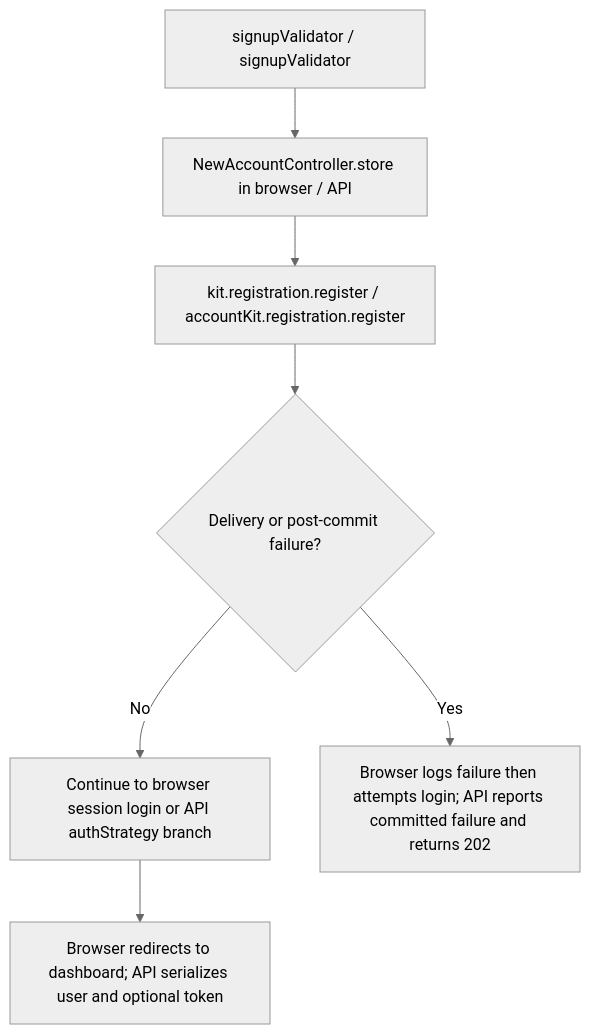
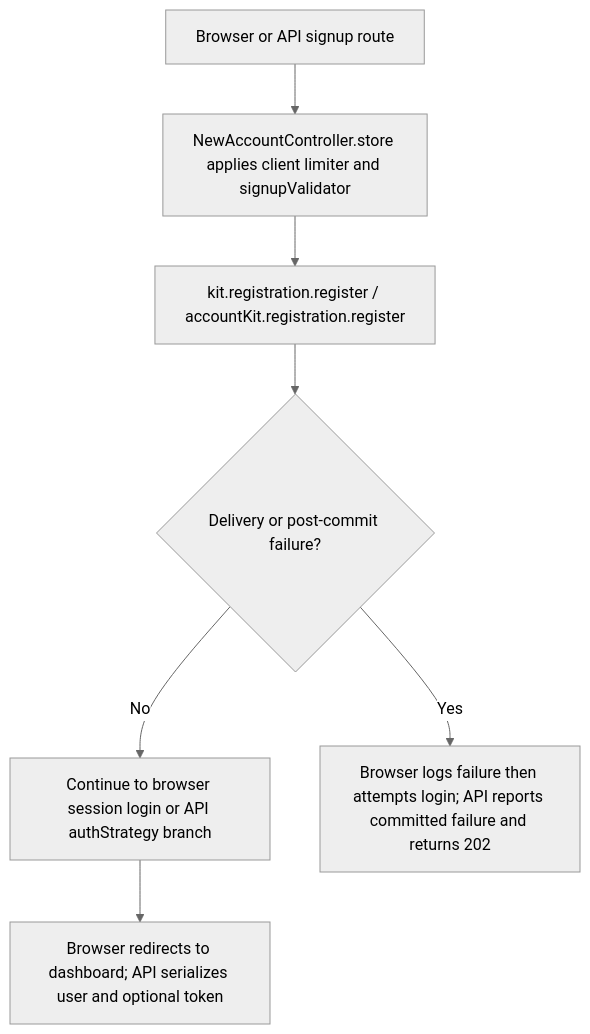
The second of 2 diagrams in user-stories/accounts/us-account-01-register.md (Kevinjohn/oss-adonisjs-starter-examples), drawn with Mermaid (neutral theme) before and after one commit. The commit also changed other lines of this file and 11 other files, not shown here.

````diff
--- a/user-stories/accounts/us-account-01-register.md
+++ b/user-stories/accounts/us-account-01-register.md
@@ -41,9 +43,9 @@
 ```mermaid
 flowchart TD
-    A["signupValidator / signupValidator"] --> B["NewAccountController.store in browser / API"]
+    A["Browser or API signup route"] --> B["NewAccountController.store applies client limiter and signupValidator"]
     B --> C["kit.registration.register / accountKit.registration.register"]
     C --> D{"Delivery or post-commit failure?"}
     D -->|No| E["Continue to browser session login or API authStrategy branch"]
     D -->|Yes| F["Browser logs failure then attempts login; API reports committed failure and returns 202"]
     E --> G["Browser redirects to dashboard; API serializes user and optional token"]
 ```
````
